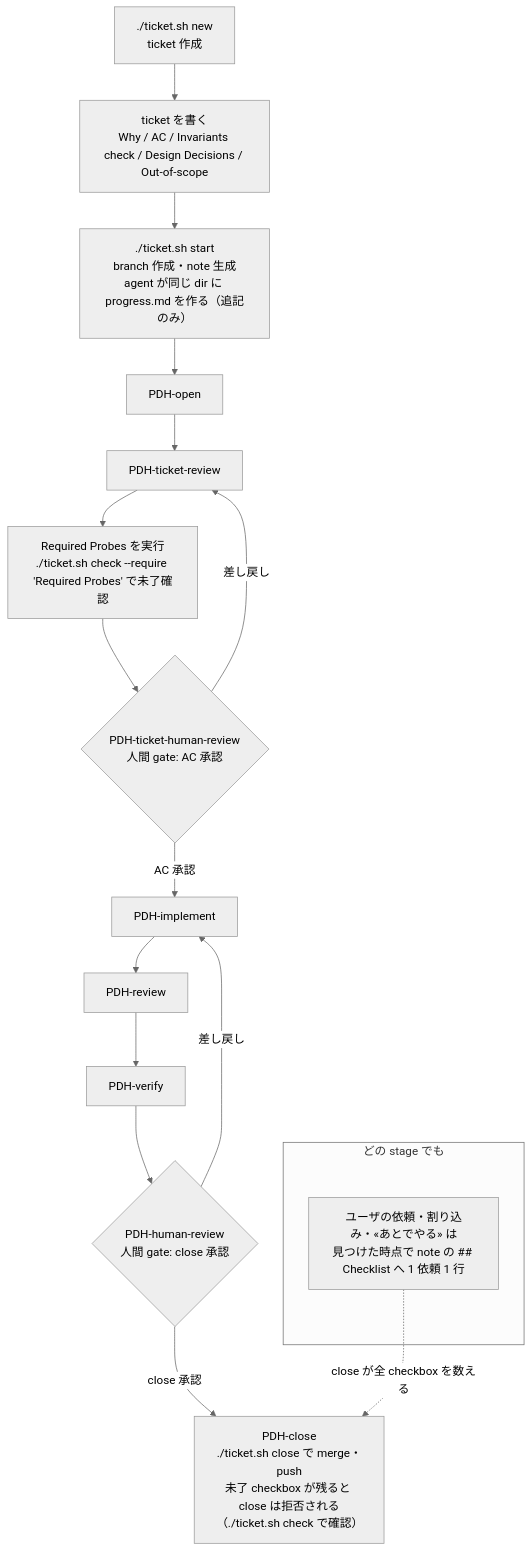
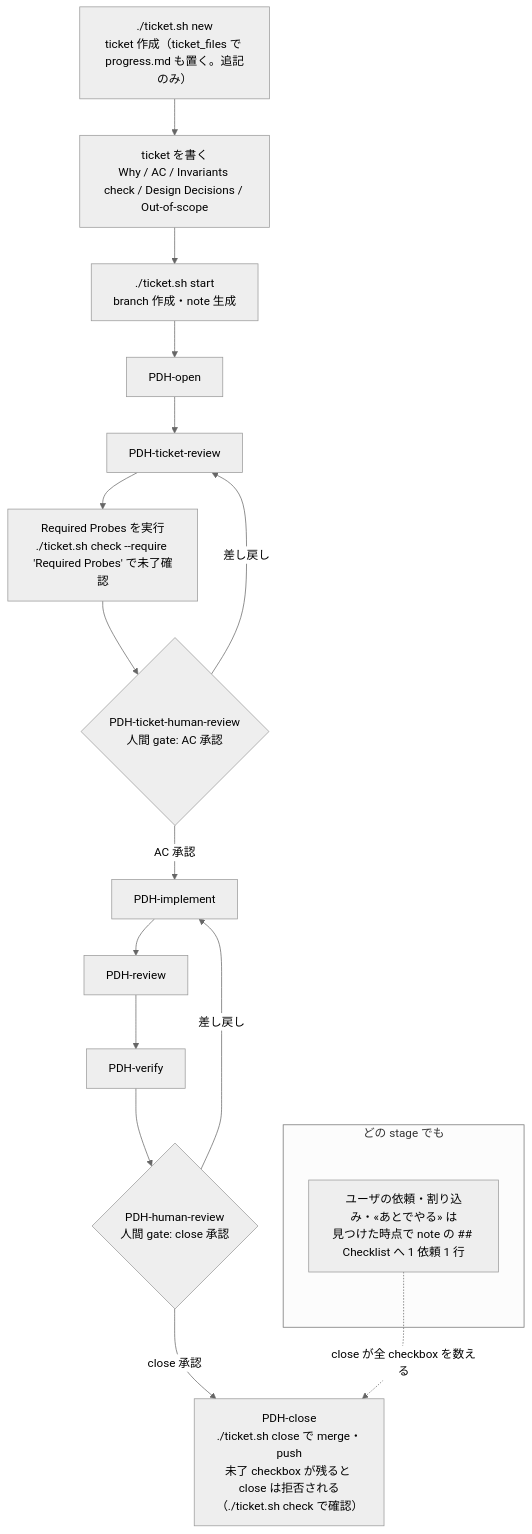
The diagram in docs/PDH-AGENTS.md (masuidrive/pdh), drawn with Mermaid (neutral theme) before and after one commit. The commit also changed 2 other files, not shown here.

Commit message:
github-bot/_pdh.md: ticket.sh 20260914.144516 の start（ticket 自身の branch 上で動く）を使い、started_at の手書きをやめる
docs/PDH-AGENTS.md の図で progress.md の作成主体を new（ticket_files）に直す。
smoke は claude で回し直す。

Claude-Session: https://claude.ai/code/session_01Uqjx9egRnUTMYgwVcdi2fZ

````diff
--- a/docs/PDH-AGENTS.md
+++ b/docs/PDH-AGENTS.md
@@ -7,20 +7,20 @@
 ```mermaid
 flowchart TD
-    new["./ticket.sh new<br/>ticket 作成"] --> write["ticket を書く<br/>Why / AC / Invariants check / Design Decisions / Out-of-scope"]
-    write --> start["./ticket.sh start<br/>branch 作成・note 生成<br/>agent が同じ dir に progress.md を作る（追記のみ）"]
+    new["./ticket.sh new<br/>ticket 作成（ticket_files で progress.md も置く。追記のみ）"] --> write["ticket を書く<br/>Why / AC / Invariants check / Design Decisions / Out-of-scope"]
+    write --> start["./ticket.sh start<br/>branch 作成・note 生成"]
     start --> open[PDH-open]
     open --> treview[PDH-ticket-review]
     treview --> probes["Required Probes を実行<br/>./ticket.sh check --require 'Required Probes' で未了確認"]
     probes --> tgate{"PDH-ticket-human-review<br/>人間 gate: AC 承認"}
     tgate -- 差し戻し --> treview
     tgate -- AC 承認 --> impl[PDH-implement]
     impl --> review[PDH-review]
     review --> verify[PDH-verify]
     verify --> hgate{"PDH-human-review<br/>人間 gate: close 承認"}
     hgate -- 差し戻し --> impl
     hgate -- close 承認 --> close["PDH-close<br/>./ticket.sh close で merge・push<br/>未了 checkbox が残ると close は拒否される（./ticket.sh check で確認）"]
     subgraph anytime["どの stage でも"]
       todo["ユーザの依頼・割り込み・«あとでやる» は<br/>見つけた時点で note の ## Checklist へ 1 依頼 1 行"]
     end
     todo -. close が全 checkbox を数える .-> close
 ```
````
